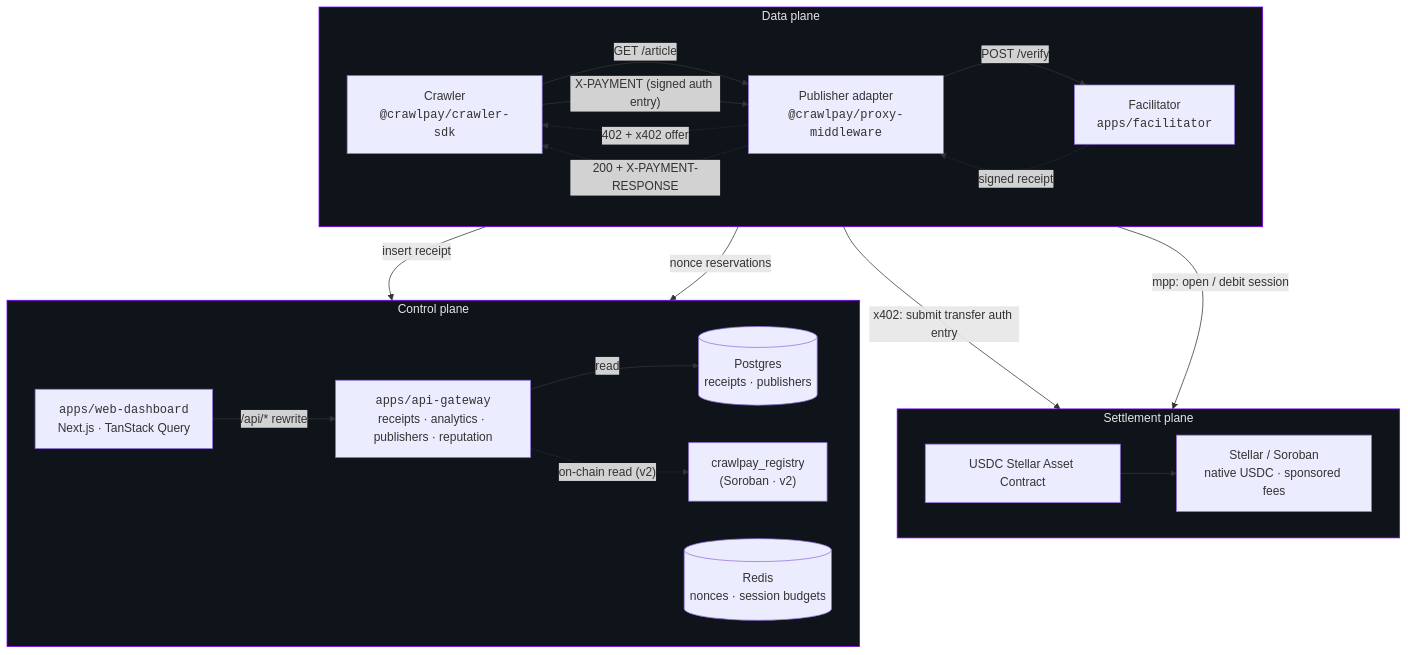
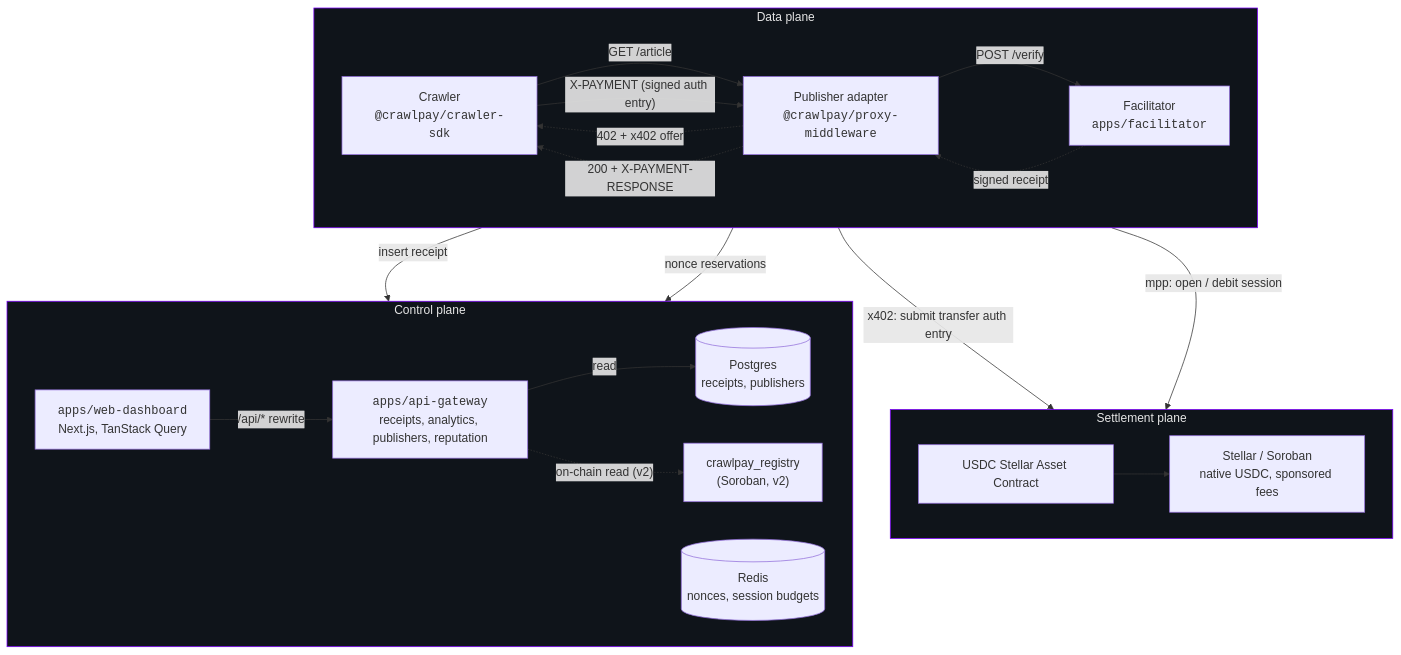
Before and after one commit to DingTom23/octroi: the first of 2 diagrams in README.md, drawn with Mermaid. The commit also changed other lines of this file and 90 other files, not shown here.

````diff
--- a/README.md
+++ b/README.md
@@ -56,41 +60,41 @@
 ```mermaid
 flowchart TB
   subgraph DATA["Data plane"]
     direction LR
     C["Crawler<br/><code>@crawlpay/crawler-sdk</code>"]
     P["Publisher adapter<br/><code>@crawlpay/proxy-middleware</code>"]
     F["Facilitator<br/><code>apps/facilitator</code>"]
     C -->|"GET /article"| P
     P -.->|"402 + x402 offer"| C
     C -->|"X-PAYMENT (signed auth entry)"| P
     P -->|"POST /verify"| F
     F -.->|"signed receipt"| P
     P -.->|"200 + X-PAYMENT-RESPONSE"| C
   end
 
   subgraph SETTLE["Settlement plane"]
     direction LR
     SAC["USDC Stellar Asset Contract"]
-    STELLAR["Stellar / Soroban<br/>native USDC · sponsored fees"]
+    STELLAR["Stellar / Soroban<br/>native USDC, sponsored fees"]
     F -->|"x402: submit transfer auth entry"| SAC
     F -->|"mpp: open / debit session"| SAC
     SAC --> STELLAR
   end
 
   subgraph CONTROL["Control plane"]
     direction LR
-    API["<code>apps/api-gateway</code><br/>receipts · analytics · publishers · reputation"]
-    WEB["<code>apps/web-dashboard</code><br/>Next.js · TanStack Query"]
-    DB[("Postgres<br/>receipts · publishers")]
-    R[("Redis<br/>nonces · session budgets")]
-    REG["crawlpay_registry<br/>(Soroban · v2)"]
+    API["<code>apps/api-gateway</code><br/>receipts, analytics, publishers, reputation"]
+    WEB["<code>apps/web-dashboard</code><br/>Next.js, TanStack Query"]
+    DB[("Postgres<br/>receipts, publishers")]
+    R[("Redis<br/>nonces, session budgets")]
+    REG["crawlpay_registry<br/>(Soroban, v2)"]
     F -->|"insert receipt"| DB
     F -->|"nonce reservations"| R
     API -->|"read"| DB
     API -.->|"on-chain read (v2)"| REG
     WEB -->|"/api/* rewrite"| API
   end
 
   classDef plane fill:#0F141A,stroke:#7D00FF,color:#E5E5E5,stroke-width:1px
   class DATA,SETTLE,CONTROL plane
 ```
````
